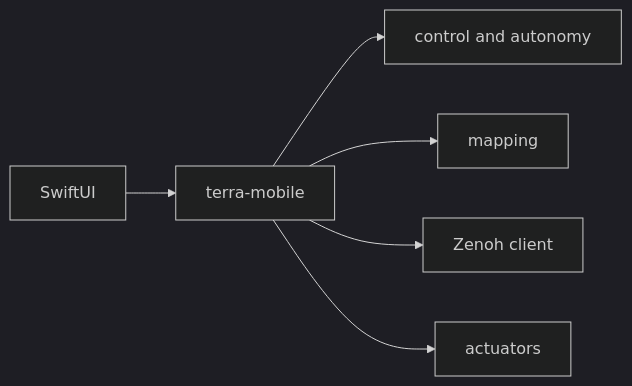
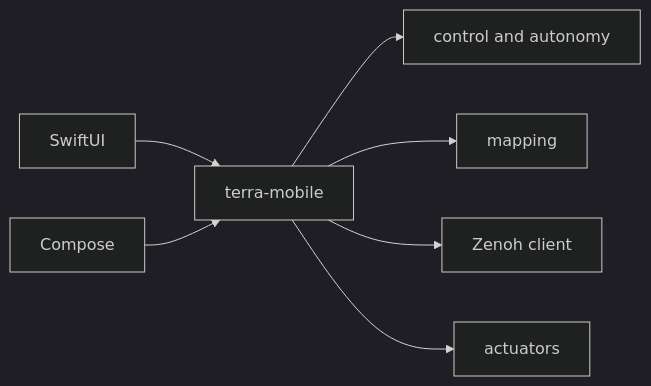
Before and after one commit to Super-Yojan/Terra: the diagram in docs/crates/terra-mobile.md, drawn with Mermaid (dark theme). The commit also changed other lines of this file and 39 other files, not shown here.

````diff
--- a/docs/crates/terra-mobile.md
+++ b/docs/crates/terra-mobile.md
@@ -8,8 +9,9 @@
 ```mermaid
 flowchart LR
   Swift[SwiftUI] --> FFI[terra-mobile]
+  Kotlin[Compose] --> FFI
   FFI --> Ctrl[control and autonomy]
   FFI --> Map[mapping]
   FFI --> Zen[Zenoh client]
   FFI --> Act[actuators]
 ```
````
